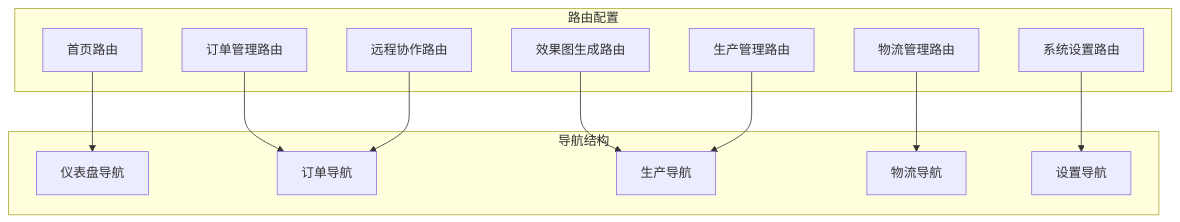
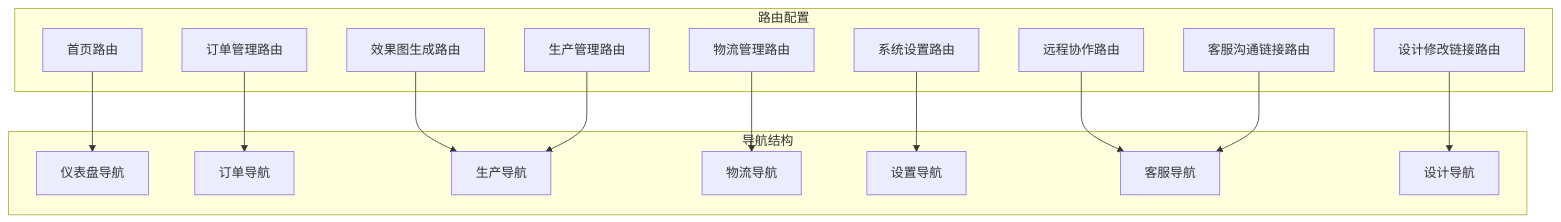
Before and after one commit to SY6621/POD-Order-Management: diagram 14 of 16 in .qoder/repowiki/zh/content/项目概述.md, drawn with Mermaid. The commit also changed other lines of this file and 15 other files, not shown here.

````diff
--- a/.qoder/repowiki/zh/content/项目概述.md
+++ b/.qoder/repowiki/zh/content/项目概述.md
@@ -522,26 +776,32 @@
 ```mermaid
 graph TB
 subgraph "路由配置"
 HomeRoute[首页路由]
 OrdersRoute[订单管理路由]
 EffectsRoute[效果图生成路由]
 ProductionRoute[生产管理路由]
 LogisticsRoute[物流管理路由]
 SettingsRoute[系统设置路由]
 RemoteRoute[远程协作路由]
+ServiceLinkRoute[客服沟通链接路由]
+DesignLinkRoute[设计修改链接路由]
 end
 subgraph "导航结构"
 DashboardNav[仪表盘导航]
 OrdersNav[订单导航]
 ProductionNav[生产导航]
 LogisticsNav[物流导航]
 SettingsNav[设置导航]
+ServiceNav[客服导航]
+DesignNav[设计导航]
 end
 HomeRoute --> DashboardNav
 OrdersRoute --> OrdersNav
 EffectsRoute --> ProductionNav
 ProductionRoute --> ProductionNav
 LogisticsRoute --> LogisticsNav
 SettingsRoute --> SettingsNav
-RemoteRoute --> OrdersNav
+RemoteRoute --> ServiceNav
+ServiceLinkRoute --> ServiceNav
+DesignLinkRoute --> DesignNav
 ```
````
